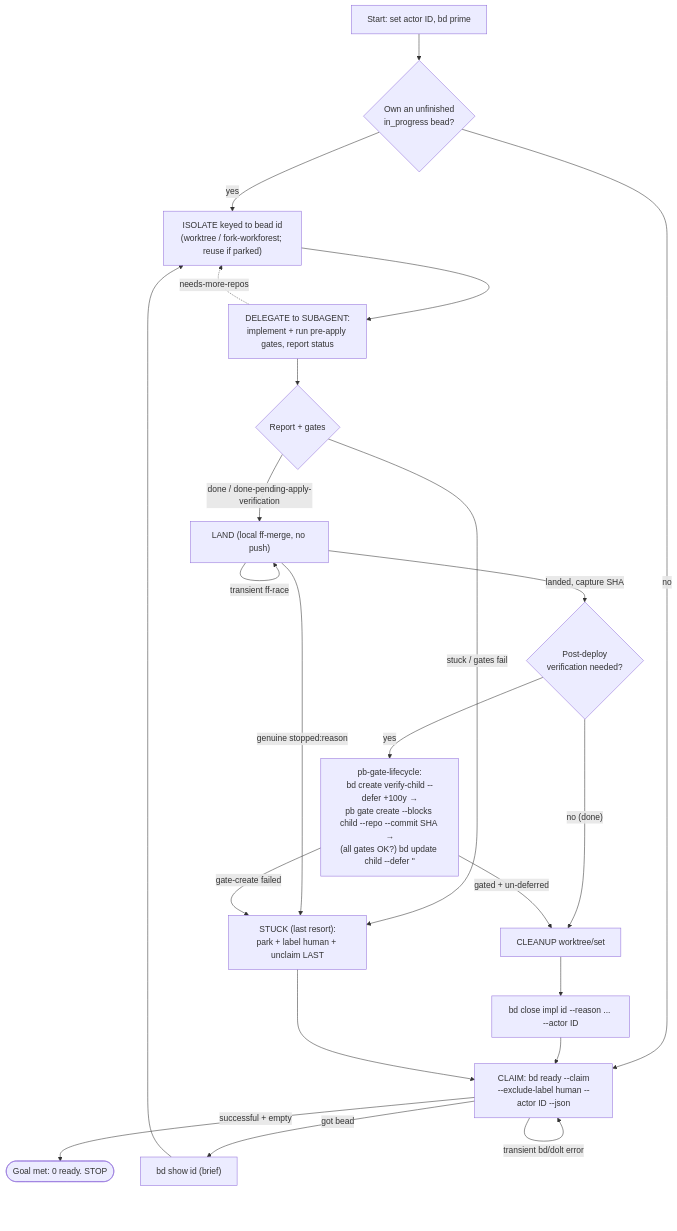
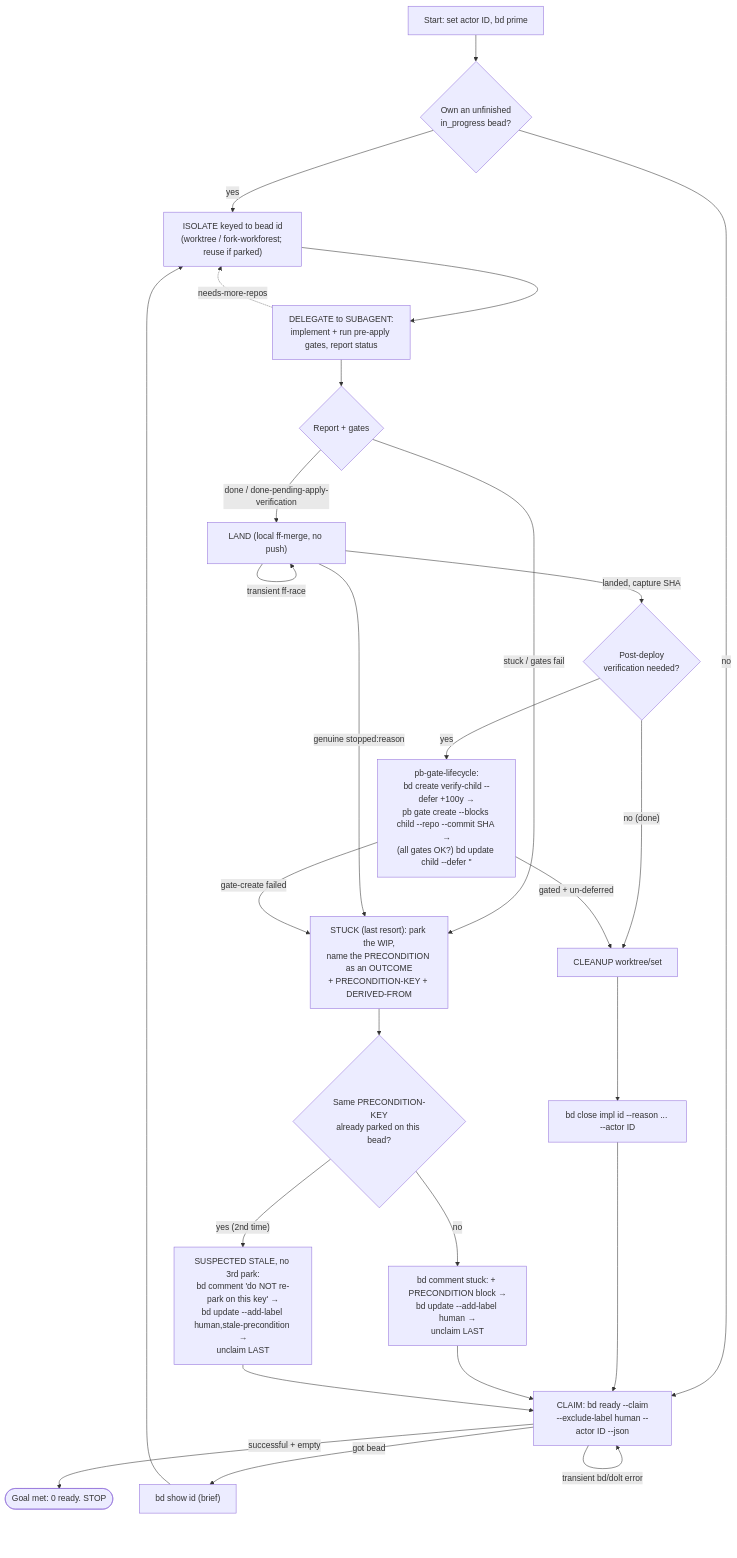
The diagram in claude-marketplace/pb/commands/drain-beads.md (phillipgreenii/nix-agent-support), drawn with Mermaid before and after one commit. The commit also changed other lines of this file and 2 other files, not shown here.

````diff
--- a/claude-marketplace/pb/commands/drain-beads.md
+++ b/claude-marketplace/pb/commands/drain-beads.md
@@ -295,25 +363,29 @@
 ```mermaid
 flowchart TD
     A[Start: set actor ID, bd prime] --> R{Own an unfinished<br/>in_progress bead?}
     R -- yes --> I
     R -- no --> C["CLAIM: bd ready --claim<br/>--exclude-label human --actor ID --json"]
     C -->|successful + empty| DONE([Goal met: 0 ready. STOP])
     C -->|transient bd/dolt error| C
     C -->|got bead| U["bd show id (brief)"]
     U --> I["ISOLATE keyed to bead id<br/>(worktree / fork-workforest; reuse if parked)"]
     I --> W["DELEGATE to SUBAGENT:<br/>implement + run pre-apply gates, report status"]
     W -. needs-more-repos .-> I
     W --> V{Report + gates}
-    V -- "stuck / gates fail" --> S["STUCK (last resort):<br/>park + label human + unclaim LAST"]
+    V -- "stuck / gates fail" --> S["STUCK (last resort): park the WIP,<br/>name the PRECONDITION as an OUTCOME<br/>+ PRECONDITION-KEY + DERIVED-FROM"]
     V -- "done / done-pending-apply-verification" --> L["LAND (local ff-merge, no push)"]
     L -->|transient ff-race| L
     L -->|genuine stopped:reason| S
     L -->|landed, capture SHA| G{Post-deploy<br/>verification needed?}
     G -- "no (done)" --> CL["CLEANUP worktree/set"]
     G -- "yes" --> PB["pb-gate-lifecycle:<br/>bd create verify-child --defer +100y →<br/>pb gate create --blocks child --repo --commit SHA →<br/>(all gates OK?) bd update child --defer ''"]
     PB -->|gate-create failed| S
     PB -->|gated + un-deferred| CL
     CL --> X["bd close impl id --reason ... --actor ID"]
     X --> C
-    S --> C
+    S --> RK{"Same PRECONDITION-KEY<br/>already parked on this bead?"}
+    RK -- no --> PK["bd comment stuck: + PRECONDITION block →<br/>bd update --add-label human →<br/>unclaim LAST"]
+    RK -- "yes (2nd time)" --> SP["SUSPECTED STALE, no 3rd park:<br/>bd comment 'do NOT re-park on this key' →<br/>bd update --add-label human,stale-precondition →<br/>unclaim LAST"]
+    PK --> C
+    SP --> C
 ```
````
